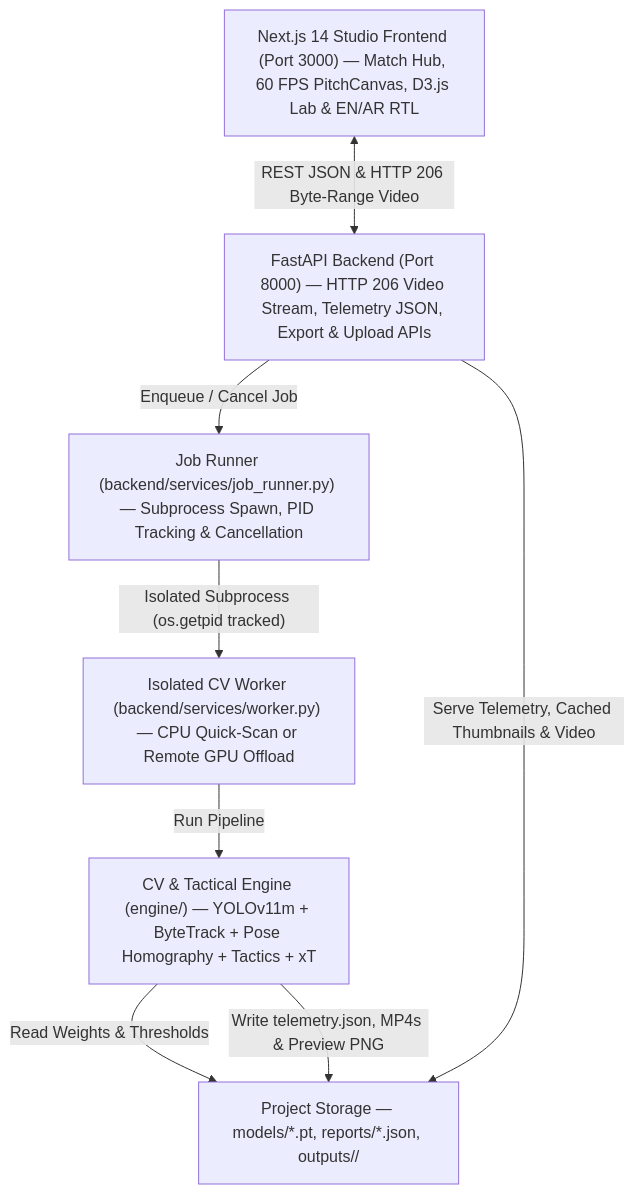
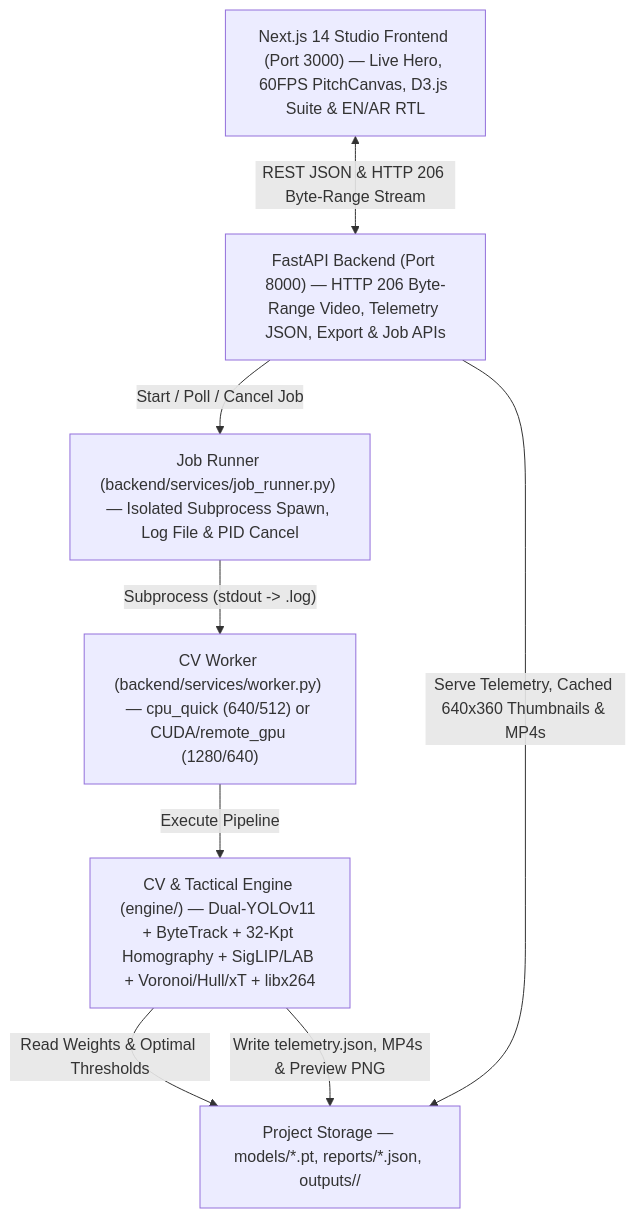
The diagram in README.md (Mazenalodini/TacticalVision-AI), drawn with Mermaid before and after one commit. The commit also changed other lines of this file and 1 other file, not shown here.

````diff
--- a/README.md
+++ b/README.md
@@ -65,17 +70,17 @@
 ```mermaid
 flowchart TB
-    FE["Next.js 14 Studio Frontend (Port 3000) — Match Hub, 60 FPS PitchCanvas, D3.js Lab & EN/AR RTL"]
-    API["FastAPI Backend (Port 8000) — HTTP 206 Video Stream, Telemetry JSON, Export & Upload APIs"]
-    RUNNER["Job Runner (backend/services/job_runner.py) — Subprocess Spawn, PID Tracking & Cancellation"]
-    WORKER["Isolated CV Worker (backend/services/worker.py) — CPU Quick-Scan or Remote GPU Offload"]
-    ENGINE["CV & Tactical Engine (engine/) — YOLOv11m + ByteTrack + Pose Homography + Tactics + xT"]
-    STORAGE["Project Storage — models/*.pt, reports/*.json, outputs/<match_id>/"]
+    FE["Next.js 14 Studio Frontend (Port 3000) — Live Hero, 60FPS PitchCanvas, D3.js Suite & EN/AR RTL"]
+    API["FastAPI Backend (Port 8000) — HTTP 206 Byte-Range Video, Telemetry JSON, Export & Job APIs"]
+    RUNNER["Job Runner (backend/services/job_runner.py) — Isolated Subprocess Spawn, Log File & PID Cancel"]
+    WORKER["CV Worker (backend/services/worker.py) — cpu_quick (640/512) or CUDA/remote_gpu (1280/640)"]
+    ENGINE["CV & Tactical Engine (engine/) — Dual-YOLOv11 + ByteTrack + 32-Kpt Homography + SigLIP/LAB + Voronoi/Hull/xT + libx264"]
+    STORE["Project Storage — models/*.pt, reports/*.json, outputs/<match_id>/"]
 
-    FE <-->|"REST JSON & HTTP 206 Byte-Range Video"| API
-    API -->|"Enqueue / Cancel Job"| RUNNER
-    RUNNER -->|"Isolated Subprocess (os.getpid tracked)"| WORKER
-    WORKER -->|"Run Pipeline"| ENGINE
-    ENGINE -->|"Read Weights & Thresholds"| STORAGE
-    ENGINE -->|"Write telemetry.json, MP4s & Preview PNG"| STORAGE
-    API -->|"Serve Telemetry, Cached Thumbnails & Video"| STORAGE
+    FE <-->|"REST JSON & HTTP 206 Byte-Range Stream"| API
+    API -->|"Start / Poll / Cancel Job"| RUNNER
+    RUNNER -->|"Subprocess (stdout -> .log)"| WORKER
+    WORKER -->|"Execute Pipeline"| ENGINE
+    ENGINE -->|"Read Weights & Optimal Thresholds"| STORE
+    ENGINE -->|"Write telemetry.json, MP4s & Preview PNG"| STORE
+    API -->|"Serve Telemetry, Cached 640x360 Thumbnails & MP4s"| STORE
 ```
````
